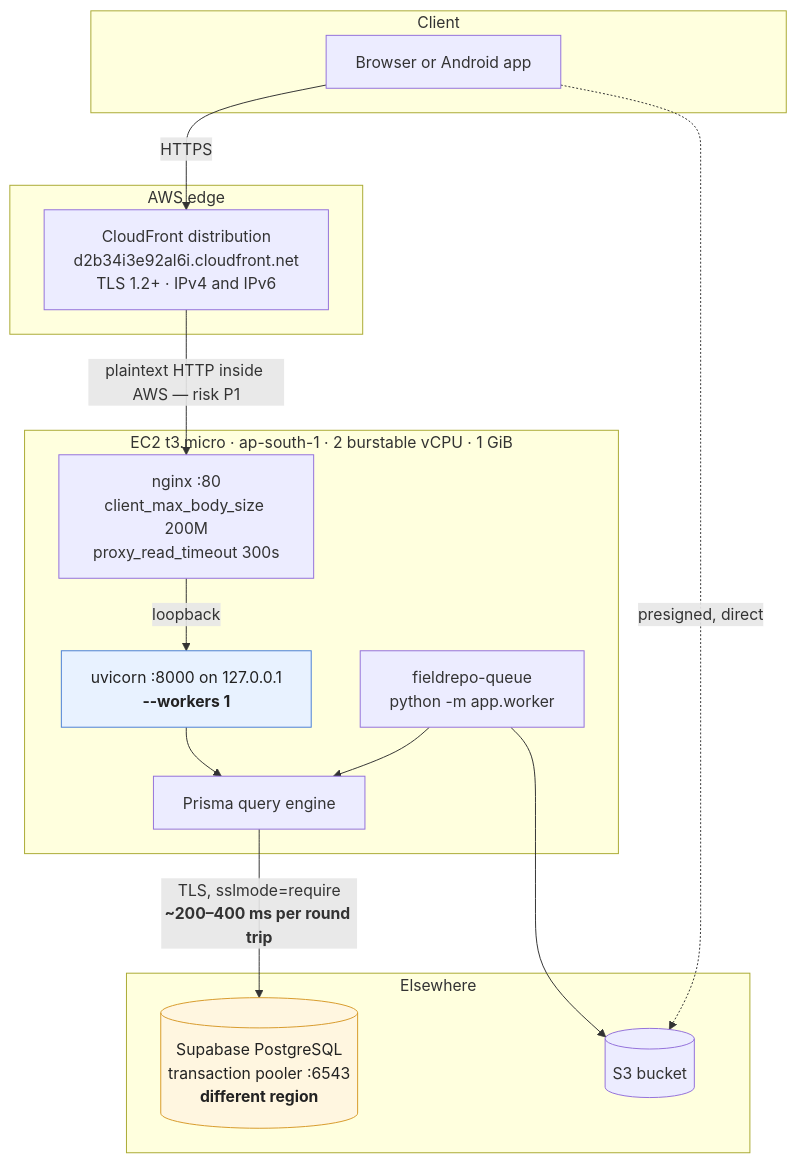
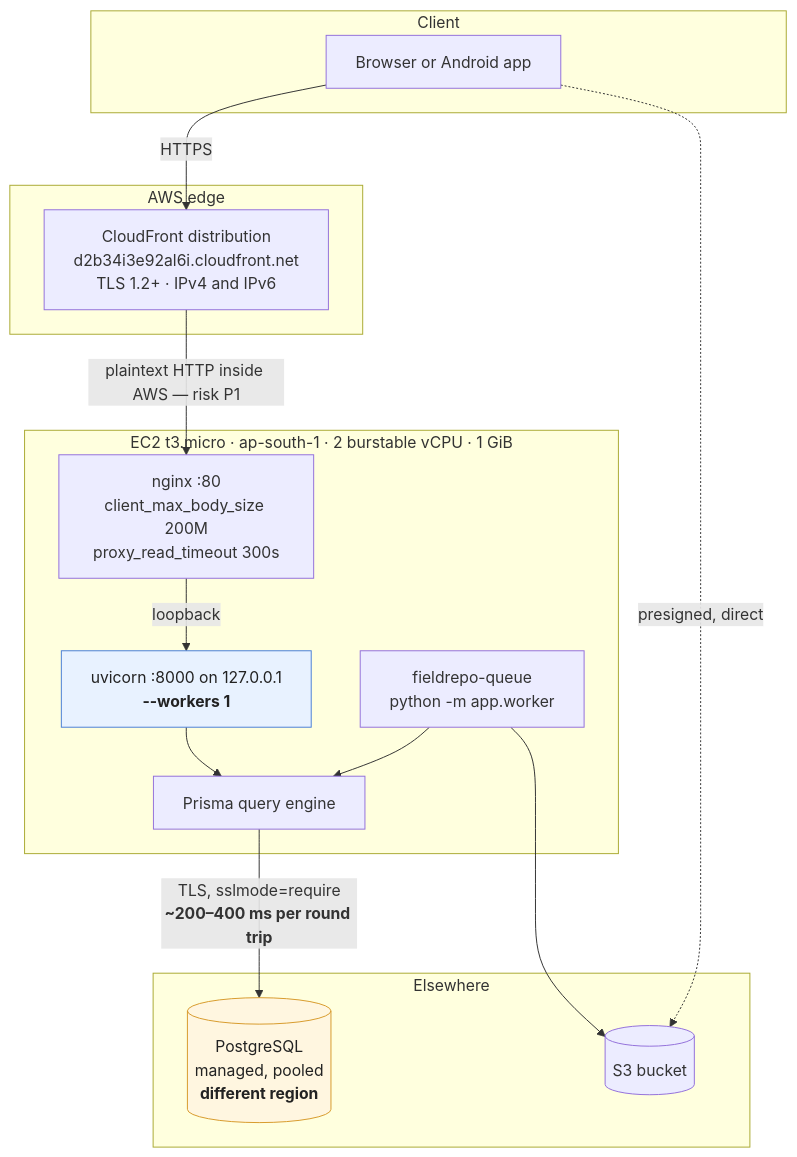
One commit to cxacraftecosystem-ui/designer-portal changed the second of 13 diagrams in docs/ARCHITECTURE.md. Above: the diagram before and after it, drawn with Mermaid. The commit also changed other lines of this file and 225 other files, not shown here.

````diff
--- a/docs/ARCHITECTURE.md
+++ b/docs/ARCHITECTURE.md
@@ -83,31 +83,31 @@
 ```mermaid
 flowchart TB
   subgraph client["Client"]
     B[Browser or Android app]
   end
   subgraph edge["AWS edge"]
     CF["CloudFront distribution<br/>d2b34i3e92al6i.cloudfront.net<br/>TLS 1.2+ · IPv4 and IPv6"]
   end
   subgraph ec2["EC2 t3.micro · ap-south-1 · 2 burstable vCPU · 1 GiB"]
     NX["nginx :80<br/>client_max_body_size 200M<br/>proxy_read_timeout 300s"]
     UV["uvicorn :8000 on 127.0.0.1<br/><b>--workers 1</b>"]
     QW["fieldrepo-queue<br/>python -m app.worker"]
     PE[Prisma query engine]
   end
   subgraph remote["Elsewhere"]
-    PG[("Supabase PostgreSQL<br/>transaction pooler :6543<br/><b>different region</b>")]
+    PG[("PostgreSQL<br/>managed, pooled<br/><b>different region</b>")]
     S3[(S3 bucket)]
   end
 
   B -->|"HTTPS"| CF
   CF -->|"plaintext HTTP inside AWS — risk P1"| NX
   NX -->|loopback| UV
   UV --> PE
   QW --> PE
   PE -->|"TLS, sslmode=require<br/><b>~200–400 ms per round trip</b>"| PG
   B -.->|presigned, direct| S3
   QW --> S3
 
   style PG fill:#fff6e0,stroke:#d89a2a,color:#222
   style UV fill:#e8f2ff,stroke:#4a7fd6,color:#222
 ```
````
